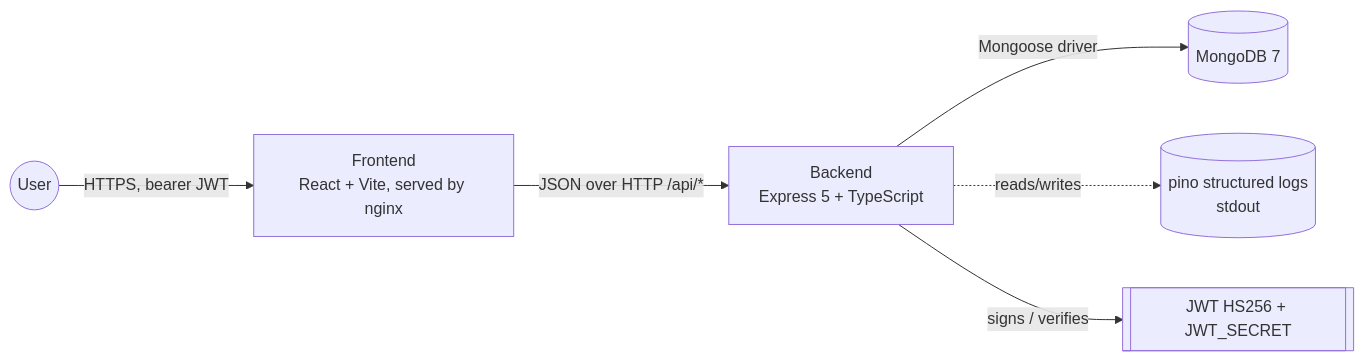
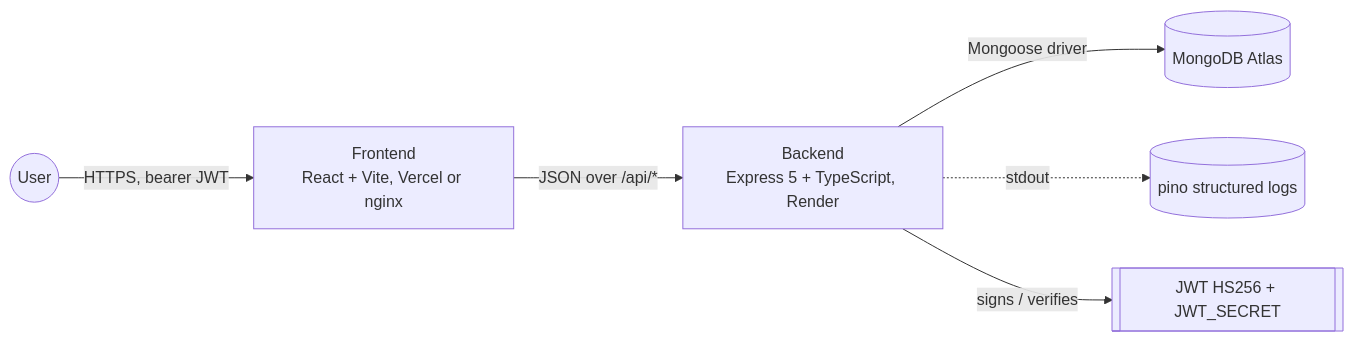
Before and after one commit to aaditya09750/Leadsrack: the first of 6 diagrams in ARCHITECTURE.md, drawn with Mermaid. The commit also changed other lines of this file and 5 other files, not shown here.

````diff
--- a/ARCHITECTURE.md
+++ b/ARCHITECTURE.md
@@ -7,9 +7,9 @@
 ```mermaid
 flowchart LR
   user((User))
-  user -->|HTTPS, bearer JWT| web[Frontend<br/>React + Vite, served by nginx]
-  web -->|JSON over HTTP /api/*| api[Backend<br/>Express 5 + TypeScript]
-  api -->|Mongoose driver| db[(MongoDB 7)]
-  api -.->|reads/writes| logs[(pino structured logs<br/>stdout)]
+  user -->|HTTPS, bearer JWT| web[Frontend<br/>React + Vite, Vercel or nginx]
+  web -->|JSON over /api/*| api[Backend<br/>Express 5 + TypeScript, Render]
+  api -->|Mongoose driver| db[(MongoDB Atlas)]
+  api -.->|stdout| logs[(pino structured logs)]
   api -->|signs / verifies| jwt[[JWT HS256 + JWT_SECRET]]
 ```
````
